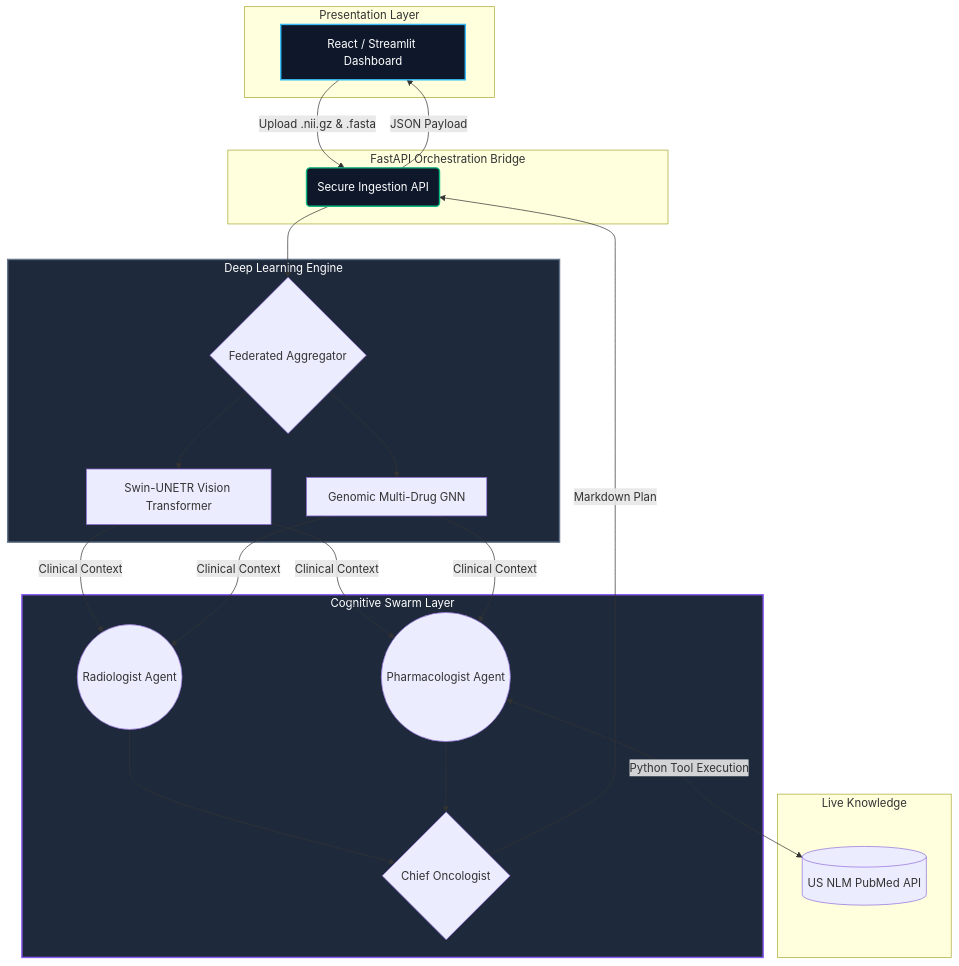
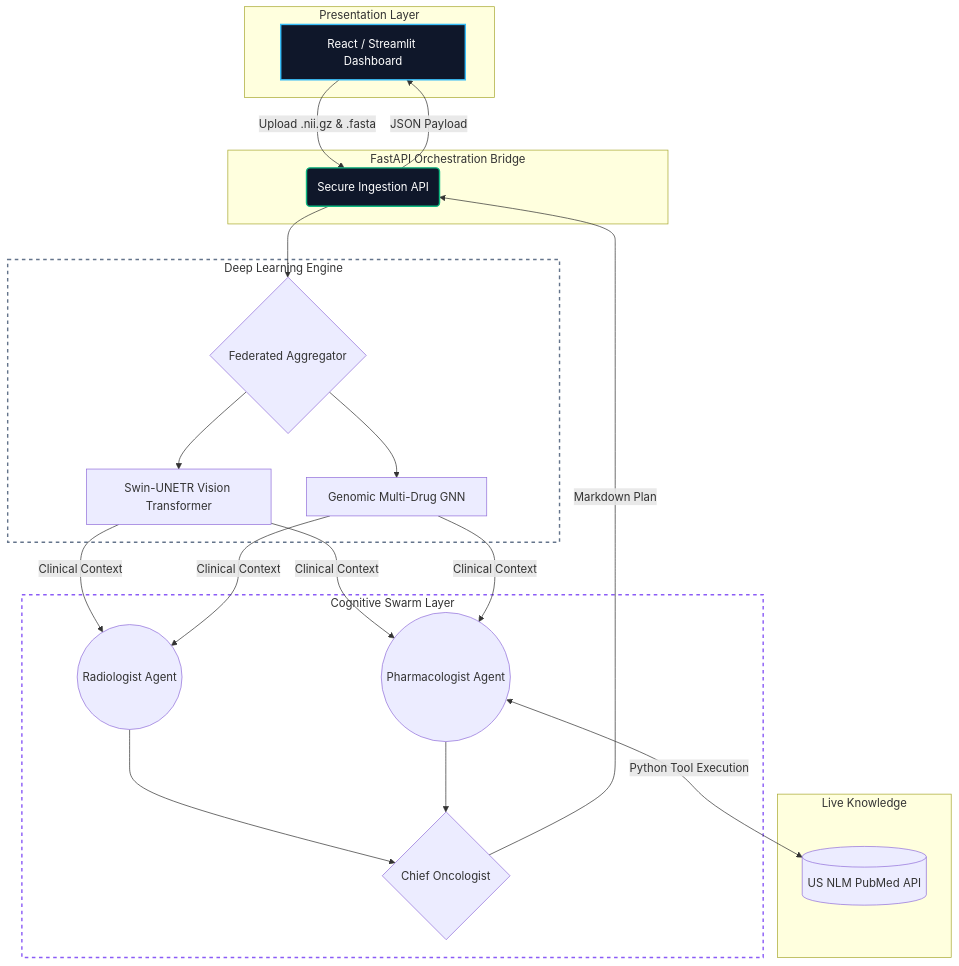
The diagram in README.md (Arjo216/Medica-Empower-Pro), drawn with Mermaid before and after one commit.

Commit message:
Update styles for Perception and Cognition
Change styles for Perception and Cognition to be transparent with dashed outlines.

````diff
--- a/README.md
+++ b/README.md
@@ -29,41 +29,41 @@
 ```mermaid
 graph TD
     subgraph Frontend [Presentation Layer]
         A[React / Streamlit Dashboard]
     end
 
     subgraph Backend [FastAPI Orchestration Bridge]
         B(Secure Ingestion API)
     end
 
     subgraph Perception [Deep Learning Engine]
         C{Federated Aggregator}
         D[Swin-UNETR Vision Transformer]
         E[Genomic Multi-Drug GNN]
     end
 
     subgraph Cognition [Cognitive Swarm Layer]
         F((Radiologist Agent))
         G((Pharmacologist Agent))
         H{Chief Oncologist}
     end
 
     subgraph External [Live Knowledge]
         I[(US NLM PubMed API)]
     end
 
     A -->|Upload .nii.gz & .fasta| B
     B --> C
     C --> D & E
     D & E -->|Clinical Context| F & G
     G <-->|Python Tool Execution| I
     F --> H
     G --> H
     H -->|Markdown Plan| B
     B -->|JSON Payload| A
 
     style A fill:#0f172a,stroke:#38bdf8,stroke-width:2px,color:#fff
     style B fill:#0f172a,stroke:#10b981,stroke-width:2px,color:#fff
-    style Perception fill:#1e293b,stroke:#64748b,stroke-width:2px,color:#fff
-    style Cognition fill:#1e293b,stroke:#8b5cf6,stroke-width:2px,color:#fff
+    style Perception fill:transparent,stroke:#64748b,stroke-width:2px,stroke-dasharray: 5 5
+    style Cognition fill:transparent,stroke:#8b5cf6,stroke-width:2px,stroke-dasharray: 5 5
 ```
````
